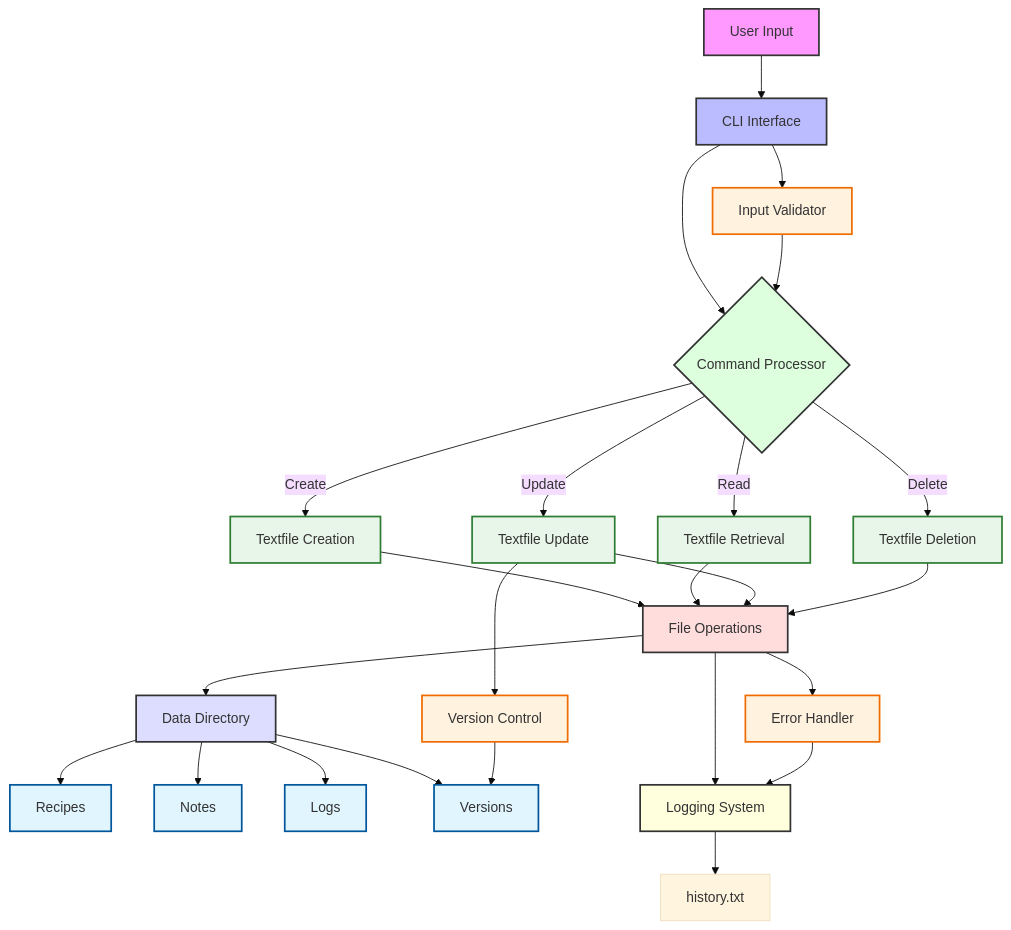
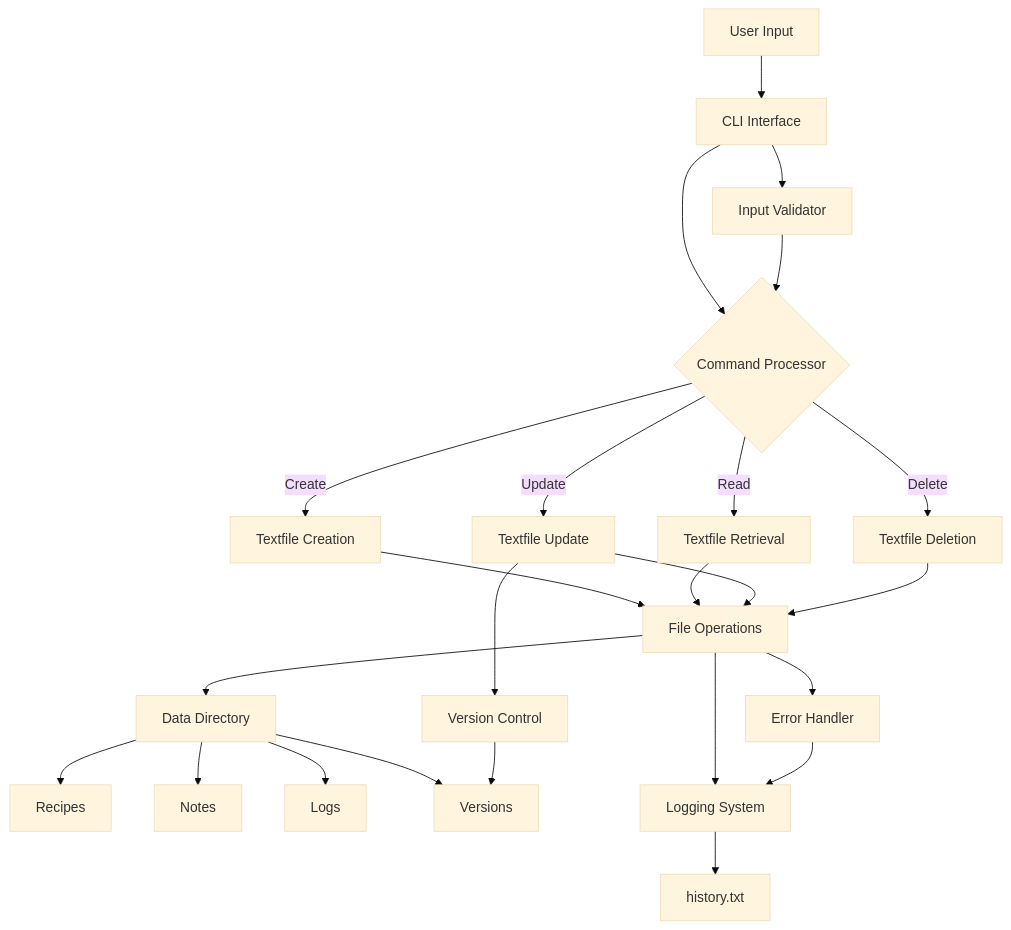
The diagram in Docs/excalidraw_diagram.md (LGICCommunity/NoteCLI), drawn with Mermaid (base theme) before and after one commit. The commit also changed 1 other file, not shown here.

Commit message:
fix: fix daigram color scheme

````diff
--- a/Docs/excalidraw_diagram.md
+++ b/Docs/excalidraw_diagram.md
@@ -1,60 +1,42 @@
 ```mermaid
 graph TD
     %% Main Components
     A[User Input] --> B[CLI Interface]
     B --> C{Command Processor}
     
     %% Command Types
     C -->|Create| D[Textfile Creation]
     C -->|Read| E[Textfile Retrieval]
     C -->|Update| F[Textfile Update]
     C -->|Delete| G[Textfile Deletion]
     
     %% File Operations
     D --> H[File Operations]
     E --> H
     F --> H
     G --> H
     
     %% Storage Structure
     H --> I[Data Directory]
     I --> J[Recipes]
     I --> K[Notes]
     I --> L[Logs]
     I --> M[Versions]
     
     %% Logging System
     H --> N[Logging System]
     N --> O[history.txt]
     
     %% Version Control
     F --> P[Version Control]
     P --> M
     
     %% Error Handling
     H --> Q[Error Handler]
     Q --> N
     
     %% Input Validation
     B --> R[Input Validator]
     R --> C
     
-    style A fill:#f9f,stroke:#333,stroke-width:2px
-    style B fill:#bbf,stroke:#333,stroke-width:2px
-    style C fill:#dfd,stroke:#333,stroke-width:2px
-    style H fill:#fdd,stroke:#333,stroke-width:2px
-    style I fill:#ddf,stroke:#333,stroke-width:2px
-    style N fill:#ffd,stroke:#333,stroke-width:2px
-
-%% Additional Styling
-classDef storage fill:#e1f5fe,stroke:#01579b,stroke-width:2px;
-class J,K,L,M storage;
-
-%% Relationships
-classDef process fill:#e8f5e9,stroke:#2e7d32,stroke-width:2px;
-class D,E,F,G process;
-
-%% System Components
-classDef system fill:#fff3e0,stroke:#ef6c00,stroke-width:2px;
-class P,Q,R system;
 ```
````
